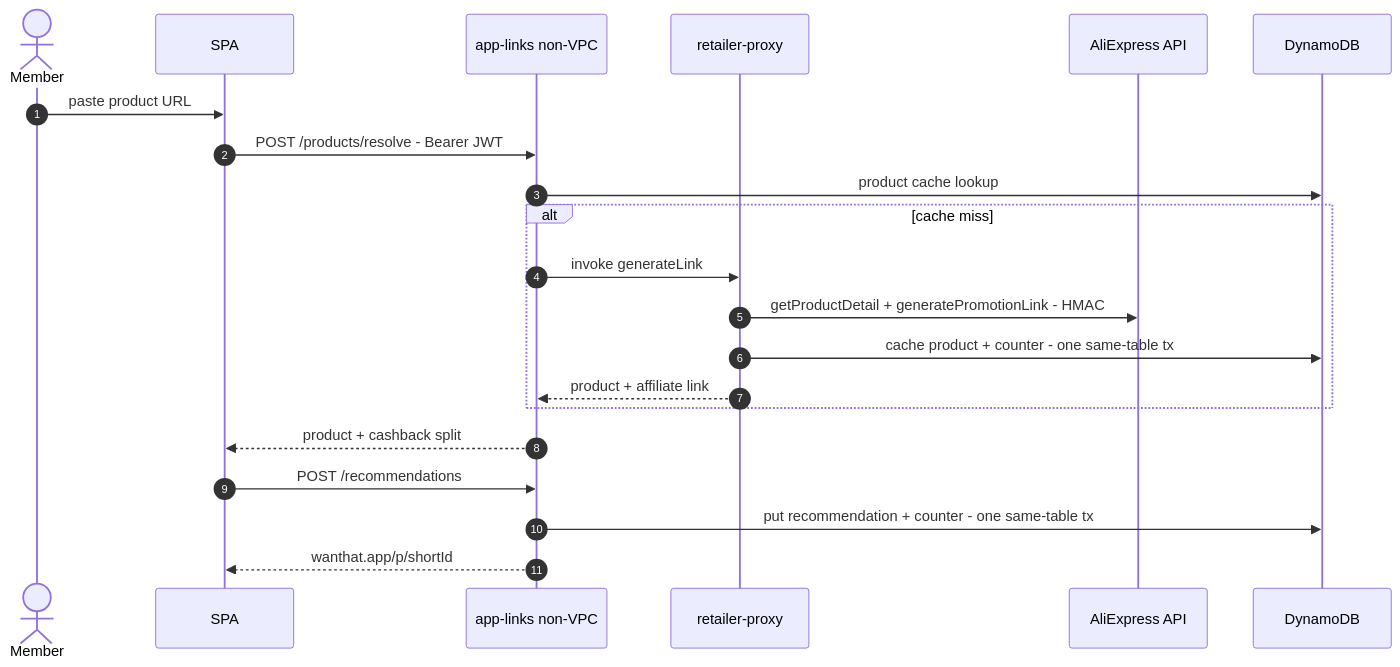
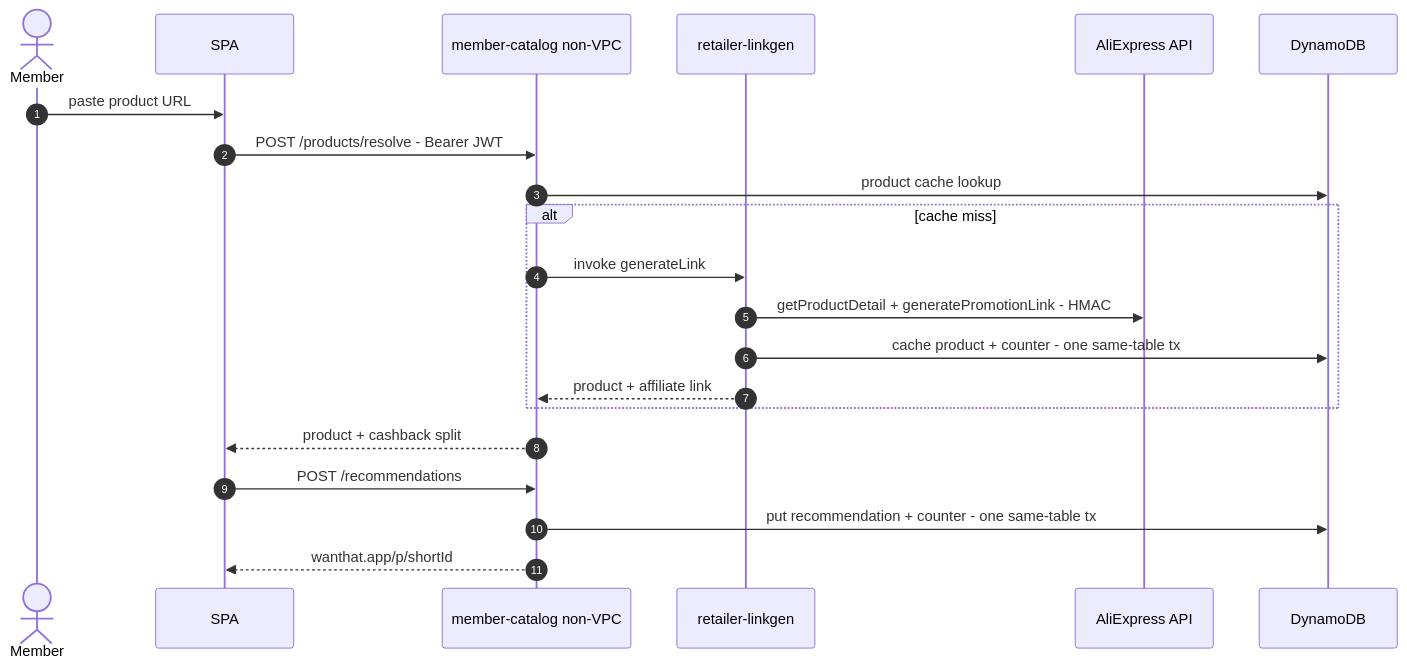
Before and after one commit to wanthat-app/monorepo: the third of 6 diagrams in slides/presentation.md, drawn with Mermaid. The commit also changed other lines of this file and 22 other files, not shown here.

First line of the commit message:
docs(refactor): rewrite ADRs + architecture docs + slides for the 15-function topology (refactor PR 9/9) (#197)

````diff
--- a/slides/presentation.md
+++ b/slides/presentation.md
@@ -447,24 +456,24 @@
 ```mermaid
 sequenceDiagram
   autonumber
   actor Member
   participant SPA as SPA
-  participant AL as app-links non-VPC
-  participant RP as retailer-proxy
+  participant MC as member-catalog non-VPC
+  participant RL as retailer-linkgen
   participant AE as AliExpress API
   participant DB as DynamoDB
 
   Member->>SPA: paste product URL
-  SPA->>AL: POST /products/resolve - Bearer JWT
-  AL->>DB: product cache lookup
+  SPA->>MC: POST /products/resolve - Bearer JWT
+  MC->>DB: product cache lookup
   alt cache miss
-    AL->>RP: invoke generateLink
-    RP->>AE: getProductDetail + generatePromotionLink - HMAC
-    RP->>DB: cache product + counter - one same-table tx
-    RP-->>AL: product + affiliate link
+    MC->>RL: invoke generateLink
+    RL->>AE: getProductDetail + generatePromotionLink - HMAC
+    RL->>DB: cache product + counter - one same-table tx
+    RL-->>MC: product + affiliate link
   end
-  AL-->>SPA: product + cashback split
-  SPA->>AL: POST /recommendations
-  AL->>DB: put recommendation + counter - one same-table tx
-  AL-->>SPA: wanthat.app/p/shortId
+  MC-->>SPA: product + cashback split
+  SPA->>MC: POST /recommendations
+  MC->>DB: put recommendation + counter - one same-table tx
+  MC-->>SPA: wanthat.app/p/shortId
 ```
````
